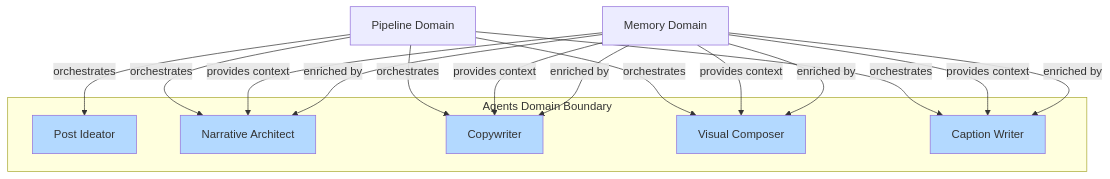
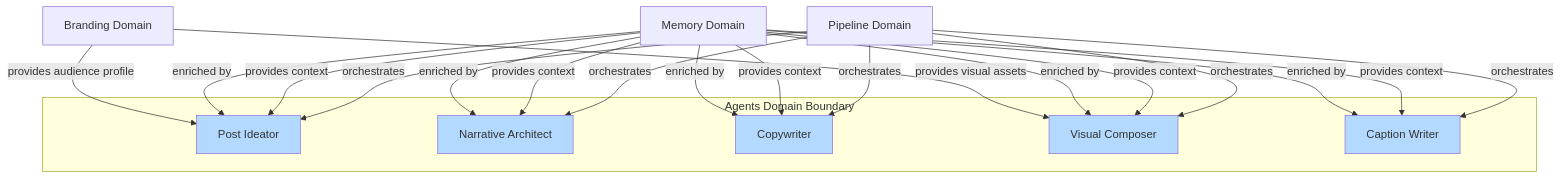
Before and after one commit to syntropy-cc/botique: the first of 3 diagrams in docs/architecture/domains/agents/ARCHITECTURE.md, drawn with Mermaid. The commit also changed other lines of this file and 10 other files, not shown here.

````diff
--- a/docs/architecture/domains/agents/ARCHITECTURE.md
+++ b/docs/architecture/domains/agents/ARCHITECTURE.md
@@ -44,30 +44,34 @@
 ```mermaid
 graph TB
     subgraph "Agents Domain Boundary"
         IDEATOR[Post Ideator]
         ARCHITECT[Narrative Architect]
         COPYWRITER[Copywriter]
         VISUAL[Visual Composer]
         CAPTION[Caption Writer]
     end
     
     PIPELINE[Pipeline Domain] -->|orchestrates| IDEATOR
     PIPELINE -->|orchestrates| ARCHITECT
     PIPELINE -->|orchestrates| COPYWRITER
     PIPELINE -->|orchestrates| VISUAL
     PIPELINE -->|orchestrates| CAPTION
     MEMORY[Memory Domain] -->|provides context| ARCHITECT
+    MEMORY -->|provides context| IDEATOR
     MEMORY -->|provides context| COPYWRITER
     MEMORY -->|provides context| VISUAL
     MEMORY -->|provides context| CAPTION
+    MEMORY -->|enriched by| IDEATOR
     MEMORY -->|enriched by| ARCHITECT
     MEMORY -->|enriched by| COPYWRITER
     MEMORY -->|enriched by| VISUAL
     MEMORY -->|enriched by| CAPTION
+    BRANDING[Branding Domain] -->|provides audience profile| IDEATOR
+    BRANDING -->|provides visual assets| VISUAL
     
     style IDEATOR fill:#b3d9ff
     style ARCHITECT fill:#b3d9ff
     style COPYWRITER fill:#b3d9ff
     style VISUAL fill:#b3d9ff
     style CAPTION fill:#b3d9ff
 ```
````
